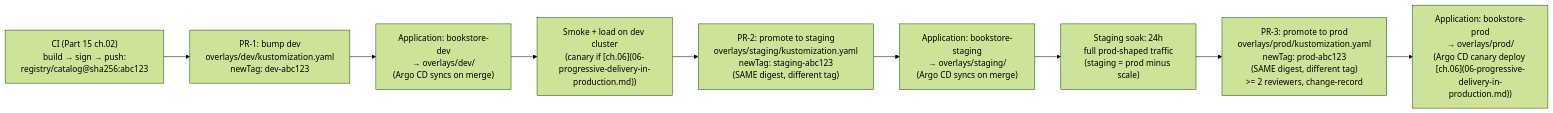
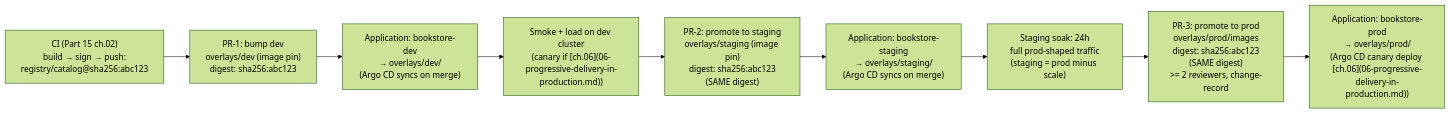
The diagram in full-guide/15-day-to-day-production-ops/04-multi-environment-promotion.md (abd-ulbasit/bookstore-kubernetes-guide), drawn with Mermaid (forest theme) before and after one commit. The commit also changed other lines of this file and 2 other files, not shown here.

First line of the commit message:
15.04: promote by digest through the images Component

````diff
--- a/full-guide/15-day-to-day-production-ops/04-multi-environment-promotion.md
+++ b/full-guide/15-day-to-day-production-ops/04-multi-environment-promotion.md
@@ -113,18 +124,18 @@
 ```mermaid
 flowchart LR
     dev_ci["CI (Part 15 ch.02)<br/>build → sign → push:<br/>registry/catalog@sha256:abc123"]
-    pr1["PR-1: bump dev<br/>overlays/dev/kustomization.yaml<br/>newTag: dev-abc123"]
+    pr1["PR-1: bump dev<br/>overlays/dev (image pin)<br/>digest: sha256:abc123"]
     dev_app["Application: bookstore-dev<br/>→ overlays/dev/<br/>(Argo CD syncs on merge)"]
 
     test_dev["Smoke + load on dev cluster<br/>(canary if [ch.06](06-progressive-delivery-in-production.md))"]
 
-    pr2["PR-2: promote to staging<br/>overlays/staging/kustomization.yaml<br/>newTag: staging-abc123<br/>(SAME digest, different tag)"]
+    pr2["PR-2: promote to staging<br/>overlays/staging (image pin)<br/>digest: sha256:abc123<br/>(SAME digest)"]
     stg_app["Application: bookstore-staging<br/>→ overlays/staging/<br/>(Argo CD syncs on merge)"]
 
     test_stg["Staging soak: 24h<br/>full prod-shaped traffic<br/>(staging = prod minus scale)"]
 
-    pr3["PR-3: promote to prod<br/>overlays/prod/kustomization.yaml<br/>newTag: prod-abc123<br/>(SAME digest, different tag)<br/>>= 2 reviewers, change-record"]
+    pr3["PR-3: promote to prod<br/>overlays/prod/images<br/>digest: sha256:abc123<br/>(SAME digest)<br/>>= 2 reviewers, change-record"]
     prd_app["Application: bookstore-prod<br/>→ overlays/prod/<br/>(Argo CD canary deploy [ch.06](06-progressive-delivery-in-production.md))"]
 
     dev_ci --> pr1 --> dev_app --> test_dev --> pr2 --> stg_app --> test_stg --> pr3 --> prd_app
 ```
````
